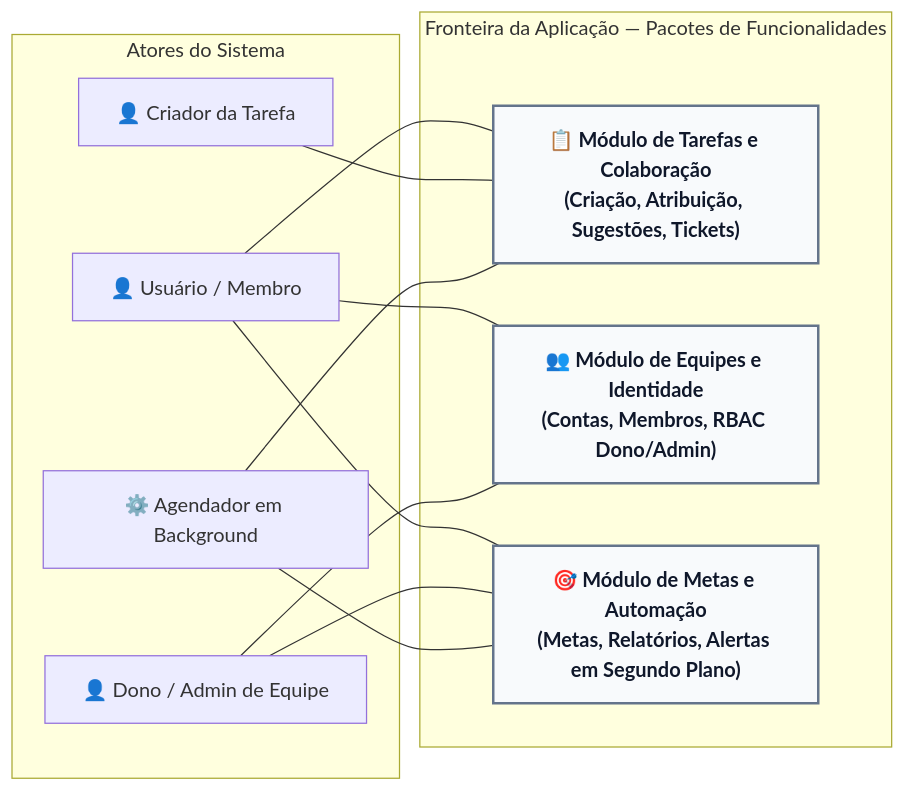
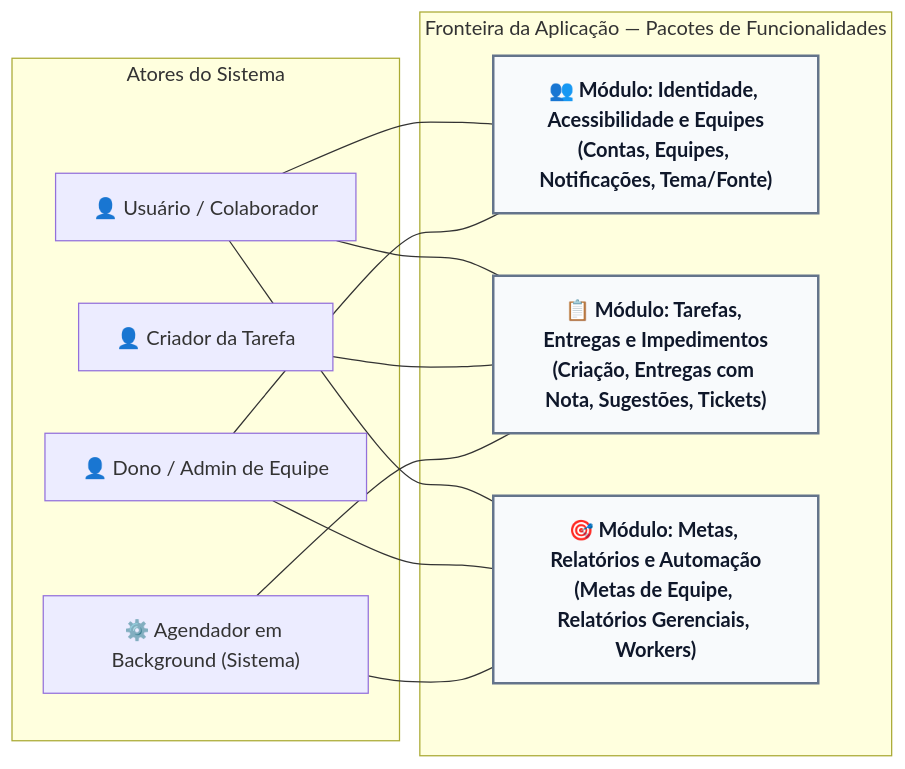
Before and after one commit to aikovlr/Cortex-backend: the sixth of 36 diagrams in DIAGRAMAS.md, drawn with Mermaid. The commit also changed other lines of this file and 3 other files, not shown here.

First line of the commit message:
docs(diagramas): atualizar diagramas de arquitetura e remover arquivos temporarios de analise

````diff
--- a/DIAGRAMAS.md
+++ b/DIAGRAMAS.md
@@ -793,28 +680,29 @@
 ```mermaid
 flowchart LR
     subgraph Atores ["Atores do Sistema"]
-        Usuario["👤 Usuário / Membro"]
+        Usuario["👤 Usuário / Colaborador"]
         Criador["👤 Criador da Tarefa"]
         Lideranca["👤 Dono / Admin de Equipe"]
-        Sistema["⚙️ Agendador em Background"]
+        Sistema["⚙️ Agendador em Background (Sistema)"]
     end
 
     subgraph CortexPacotes ["Fronteira da Aplicação — Pacotes de Funcionalidades"]
-        P_Tarefas["📋 Módulo de Tarefas e Colaboração<br/>(Criação, Atribuição, Sugestões, Tickets)"]
-        P_Equipes["👥 Módulo de Equipes e Identidade<br/>(Contas, Membros, RBAC Dono/Admin)"]
-        P_Metas["🎯 Módulo de Metas e Automação<br/>(Metas, Relatórios, Alertas em Segundo Plano)"]
+        P_Identidade["👥 Módulo: Identidade, Acessibilidade e Equipes<br/>(Contas, Equipes, Notificações, Tema/Fonte)"]
+        P_Tarefas["📋 Módulo: Tarefas, Entregas e Impedimentos<br/>(Criação, Entregas com Nota, Sugestões, Tickets)"]
+        P_Metas["🎯 Módulo: Metas, Relatórios e Automação<br/>(Metas de Equipe, Relatórios Gerenciais, Workers)"]
     end
 
+    Usuario --- P_Identidade
     Usuario --- P_Tarefas
-    Usuario --- P_Equipes
     Usuario --- P_Metas
 
     Criador --- P_Tarefas
-    Lideranca --- P_Equipes
+    Lideranca --- P_Identidade
     Lideranca --- P_Metas
+
     Sistema --- P_Tarefas
     Sistema --- P_Metas
 
     classDef pacote fill:#f8fafc,stroke:#64748b,stroke-width:2px,color:#0f172a,font-weight:bold;
-    class P_Tarefas,P_Equipes,P_Metas pacote;
+    class P_Identidade,P_Tarefas,P_Metas pacote;
 ```
````
